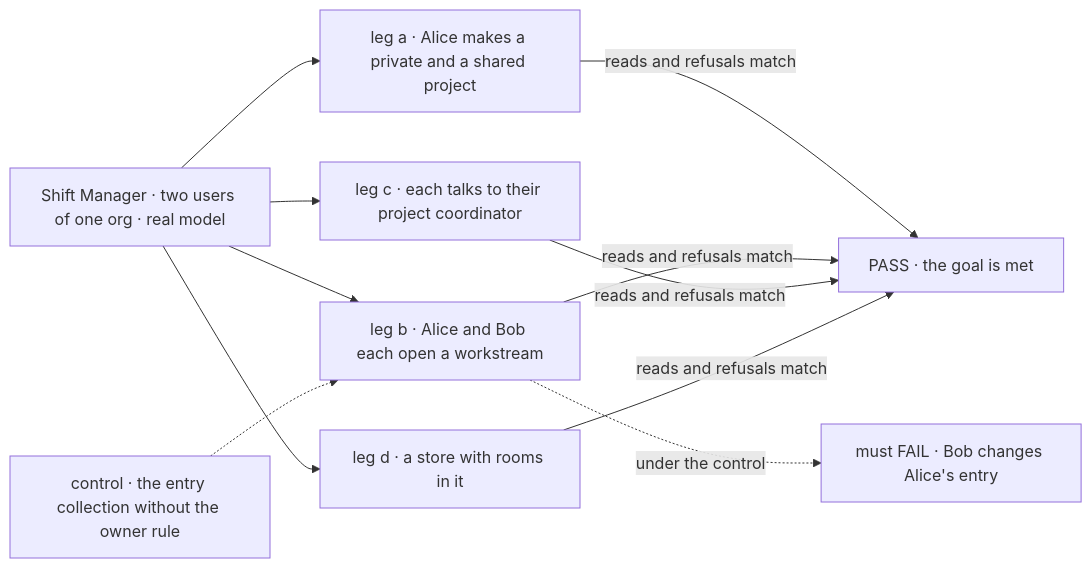
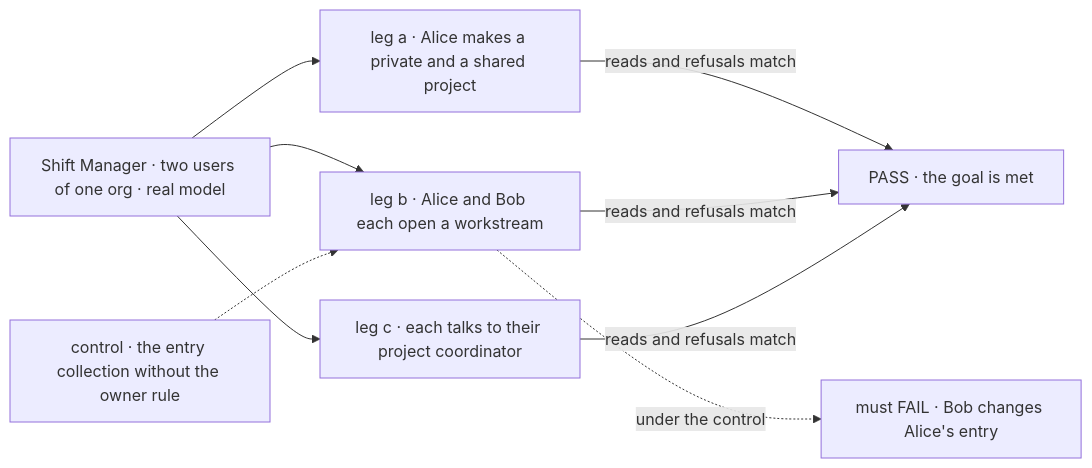
The first of 2 diagrams in specs/issues/FIX-1793/SPEC.md (fixpoint-labs/flow-state-dev), drawn with Mermaid before and after one commit. The commit also changed other lines of this file and 37 other files, not shown here.

````diff
--- a/specs/issues/FIX-1793/SPEC.md
+++ b/specs/issues/FIX-1793/SPEC.md
@@ -33,10 +33,9 @@
 ```mermaid
 flowchart LR
   A["Shift Manager · two users of one org · real model"] --> L1["leg a · Alice makes a private and a shared project"]
   A --> L2["leg b · Alice and Bob each open a workstream"]
   A --> L3["leg c · each talks to their project coordinator"]
-  A --> L4["leg d · a store with rooms in it"]
-  L1 & L2 & L3 & L4 -->|"reads and refusals match"| P["PASS · the goal is met"]
+  L1 & L2 & L3 -->|"reads and refusals match"| P["PASS · the goal is met"]
   C["control · the entry collection without the owner rule"] -.-> L2
   L2 -.->|"under the control"| F["must FAIL · Bob changes Alice's entry"]
 ```
````
